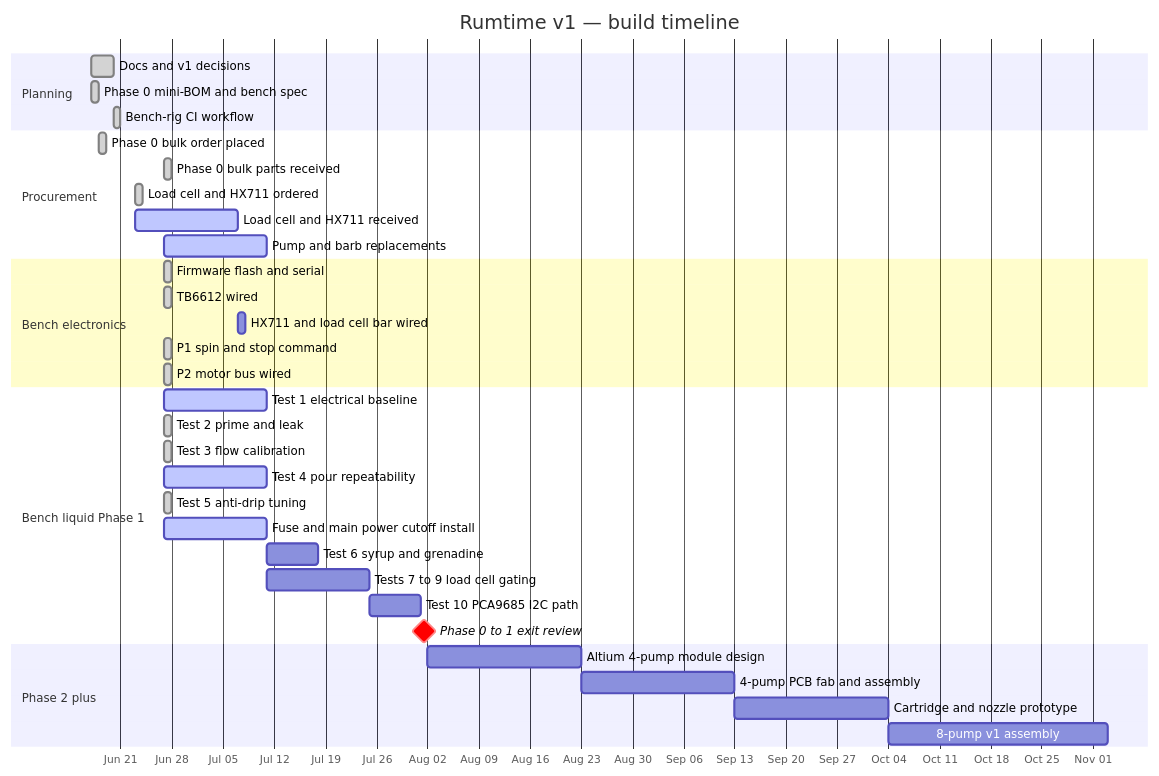
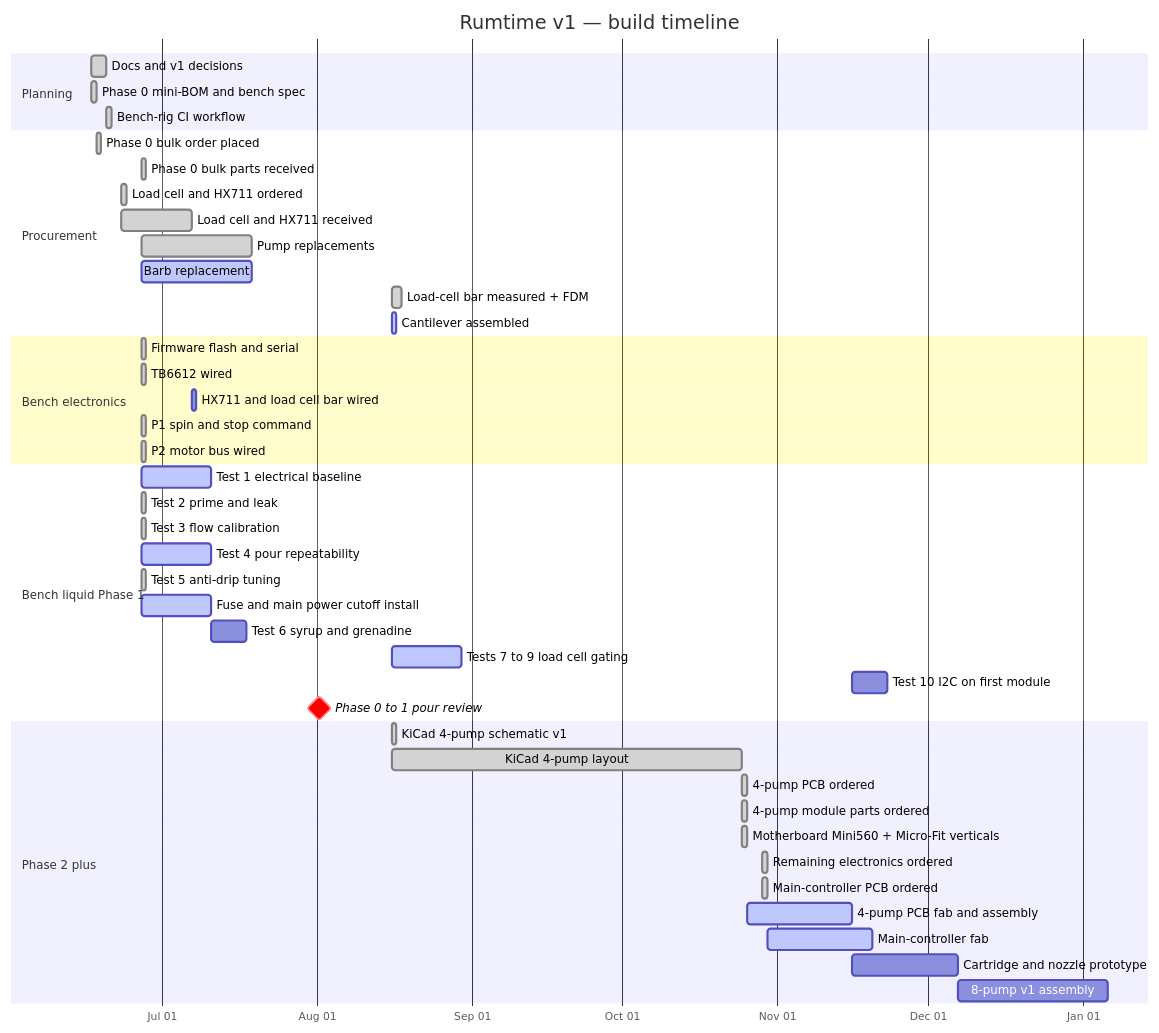
One commit to cjlawson02/Rumtime changed the diagram in docs/15-project-timeline.md. Above: the diagram before and after it, drawn with Mermaid. The commit also changed other lines of this file and 56 other files, not shown here.

````diff
--- a/docs/15-project-timeline.md
+++ b/docs/15-project-timeline.md
@@ -11,43 +11,53 @@
 ```mermaid
 gantt
     title Rumtime v1 — build timeline
     dateFormat YYYY-MM-DD
     axisFormat %b %d
 
     section Planning
     Docs and v1 decisions           :done, plan, 2026-06-17, 3d
     Phase 0 mini-BOM and bench spec :done, bom, 2026-06-17, 1d
     Bench-rig CI workflow           :done, ci, 2026-06-20, 1d
 
     section Procurement
     Phase 0 bulk order placed      :done, po, 2026-06-18, 1d
     Phase 0 bulk parts received    :done, recv, 2026-06-27, 1d
     Load cell and HX711 ordered     :done, lc_po, 2026-06-23, 1d
-    Load cell and HX711 received    :active, lc_recv, 2026-06-23, 14d
-    Pump and barb replacements     :active, returns, 2026-06-27, 14d
+    Load cell and HX711 received    :done, lc_recv, 2026-06-23, 14d
+    Pump replacements              :done, pump_returns, 2026-06-27, 22d
+    Barb replacement               :active, barb_return, 2026-06-27, 22d
+    Load-cell bar measured + FDM   :done, lc_cad, 2026-08-16, 2d
+    Cantilever assembled           :active, lc_asm, 2026-08-16, 1d
 
     section Bench electronics
     Firmware flash and serial       :done, fw, 2026-06-27, 1d
     TB6612 wired                    :done, wire, 2026-06-27, 1d
     HX711 and load cell bar wired   :lc_wire, after lc_recv, 1d
     P1 spin and stop command        :done, p1e, 2026-06-27, 1d
     P2 motor bus wired              :done, p2e, 2026-06-27, 1d
 
     section Bench liquid Phase 1
     Test 1 electrical baseline      :active, t1, 2026-06-27, 14d
     Test 2 prime and leak           :done, t2, 2026-06-27, 1d
     Test 3 flow calibration         :done, t3, 2026-06-27, 1d
     Test 4 pour repeatability       :active, t4, 2026-06-27, 14d
     Test 5 anti-drip tuning         :done, t5, 2026-06-27, 1d
     Fuse and main power cutoff install    :active, safe, 2026-06-27, 14d
     Test 6 syrup and grenadine      :t6, 2026-07-11, 7d
-    Tests 7 to 9 load cell gating   :t79, 2026-07-11, 14d
-    Test 10 PCA9685 I2C path        :t10, 2026-07-25, 7d
-    Phase 0 to 1 exit review        :milestone, crit, p01exit, 2026-08-01, 1d
+    Tests 7 to 9 load cell gating   :active, t79, 2026-08-16, 14d
+    Test 10 I2C on first module     :t10, after p2fab, 7d
+    Phase 0 to 1 pour review        :milestone, crit, p01exit, 2026-08-01, 1d
 
     section Phase 2 plus
-    Altium 4-pump module design     :p2des, after p01exit, 21d
-    4-pump PCB fab and assembly     :p2fab, after p2des, 21d
+    KiCad 4-pump schematic v1      :done, p2sch, 2026-08-16, 1d
+    KiCad 4-pump layout            :done, p2des, 2026-08-16, 70d
+    4-pump PCB ordered             :done, p2po, 2026-10-25, 1d
+    4-pump module parts ordered    :done, p2parts, 2026-10-25, 1d
+    Motherboard Mini560 + Micro-Fit verticals :done, mbparts, 2026-10-25, 1d
+    Remaining electronics ordered  :done, mbparts2, 2026-10-29, 1d
+    Main-controller PCB ordered    :done, mbpo, 2026-10-29, 1d
+    4-pump PCB fab and assembly    :active, p2fab, after p2po, 21d
+    Main-controller fab            :active, mbfab, after mbpo, 21d
     Cartridge and nozzle prototype  :p3, after p2fab, 21d
     8-pump v1 assembly              :p4, after p3, 30d
 ```
````
